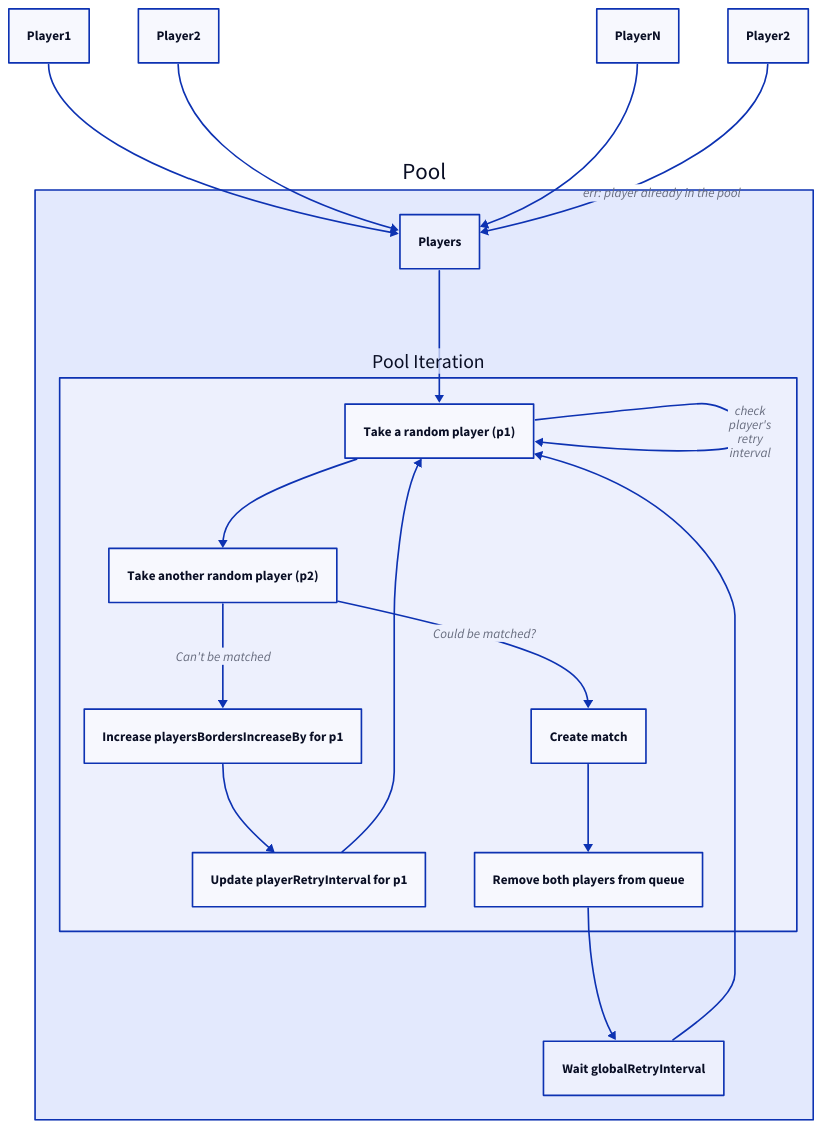
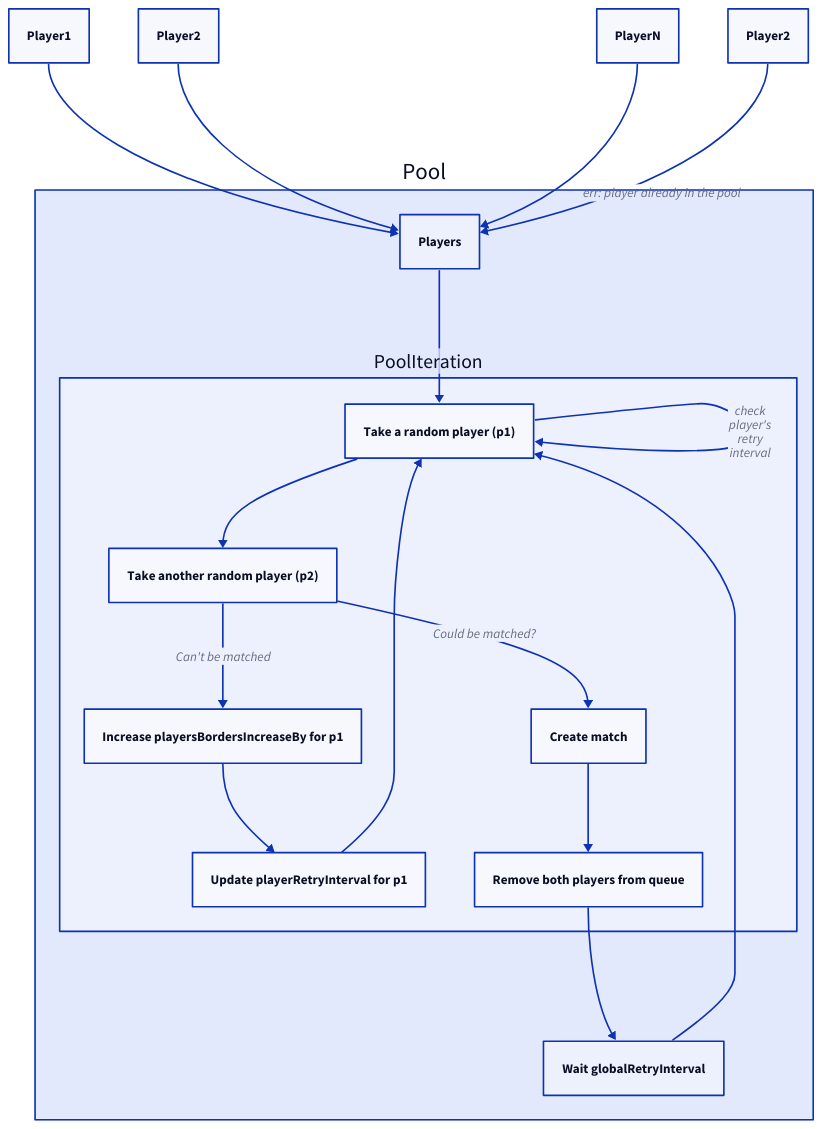
Before and after one commit to ravsii/elgo: the diagram in docs/d2/pool.d2, drawn with D2.

Commit message:
add: basic d2 diagrams to readme

```diff
--- a/docs/d2/pool.d2
+++ b/docs/d2/pool.d2
@@ -1,18 +1,18 @@
 Player1 -> Pool.Players
 Player2 -> Pool.Players
 PlayerN -> Pool.Players
 Player2Err: Player2
 Player2Err -> Pool.Players: "err: player already in the pool"
 
 Pool: {
-  Players -> Pool Iteration.Take a random player (p1)
-  Pool Iteration: {
+  Players -> PoolIteration.Take a random player (p1)
+  PoolIteration: {
     Take a random player (p1) -> Take a random player (p1): check\nplayer's\nretry\ninterval
     Take a random player (p1) -> Take another random player (p2)
     Take another random player (p2) -> Create match: Could be matched?
     Take another random player (p2) -> Increase playersBordersIncreaseBy for p1: Can't be matched
     Increase playersBordersIncreaseBy for p1 -> Update playerRetryInterval for p1 -> Take a random player (p1)
     Create Match -> Remove both players from queue
   }
-  Pool Iteration.Remove both players from queue -> Wait globalRetryInterval -> Pool Iteration.Take a random player (p1)
+  PoolIteration.Remove both players from queue -> Wait globalRetryInterval -> PoolIteration.Take a random player (p1)
 }
```
